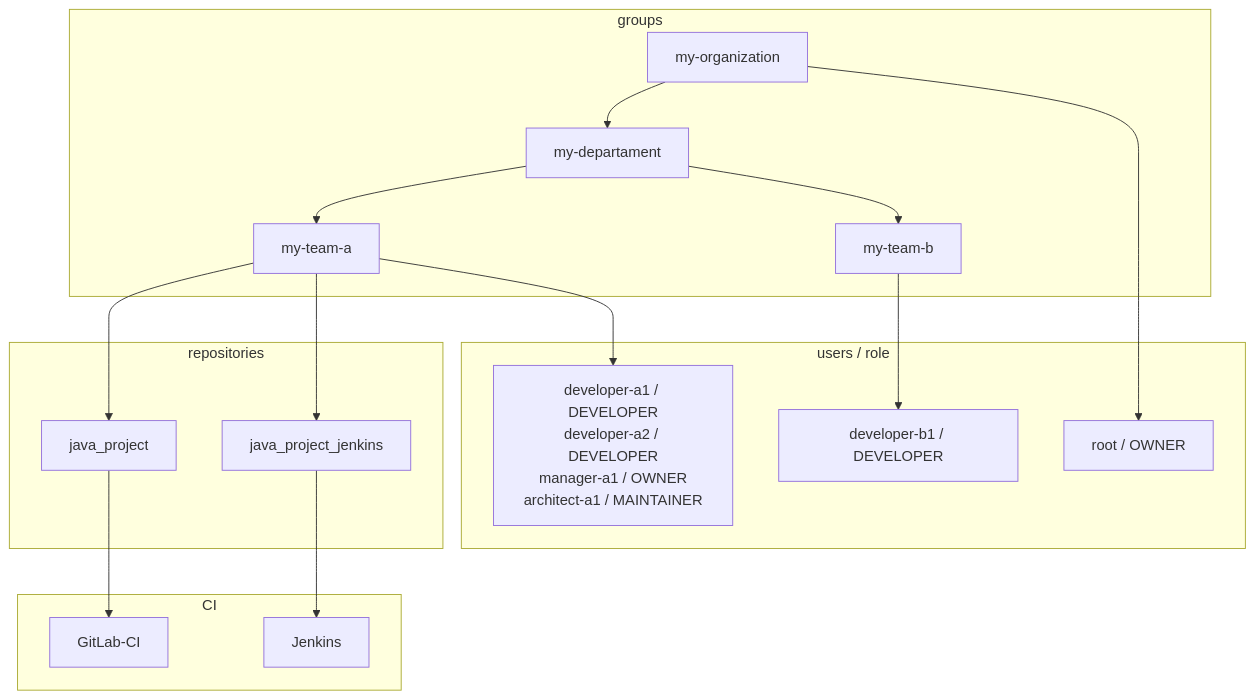
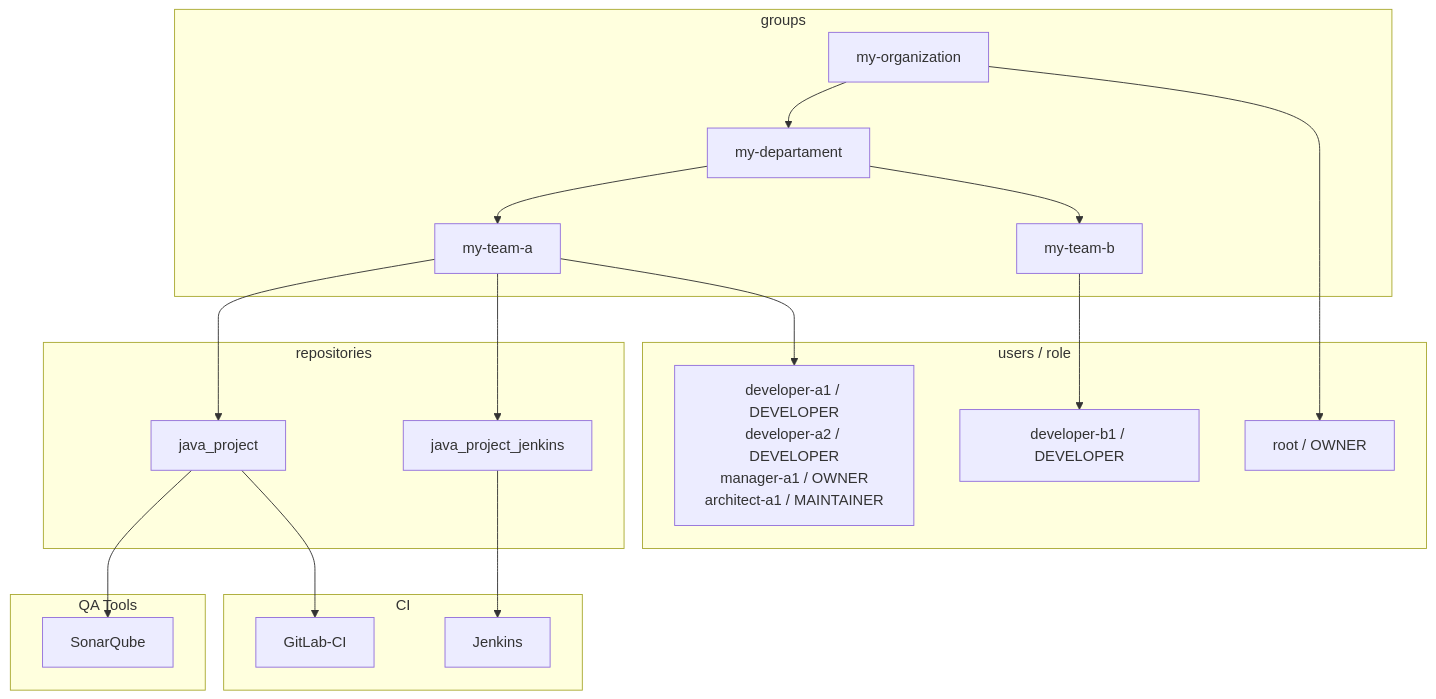
Before and after one commit to danielmenezesbr/gitlab-dev-env: the diagram in readme.md, drawn with Mermaid.

````diff
--- a/readme.md
+++ b/readme.md
@@ -24,30 +24,34 @@
  ```mermaid
 graph TB;
     subgraph groups
         my-organization --> my-departament
         my-departament --> my-team-a
         my-departament --> my-team-b
     end
     subgraph users / role
         users-my-team-a[developer-a1 / DEVELOPER<BR>developer-a2 / DEVELOPER<br>manager-a1 / OWNER<br>architect-a1 / MAINTAINER]
         users-my-team-b[developer-b1 / DEVELOPER]
         root[root / OWNER]
     end
     subgraph repositories
         java_project
         java_project_jenkins
     end
     subgraph CI
         GitLab-CI
         Jenkins
     end
+    subgraph QA Tools
+        SonarQube
+    end
 
 my-organization --> root
 my-team-a --> users-my-team-a
 my-team-b --> users-my-team-b
 my-team-a --> java_project
 my-team-a --> java_project_jenkins
 java_project --> GitLab-CI
 java_project_jenkins --> Jenkins
+java_project --> SonarQube
 
  ```
````
